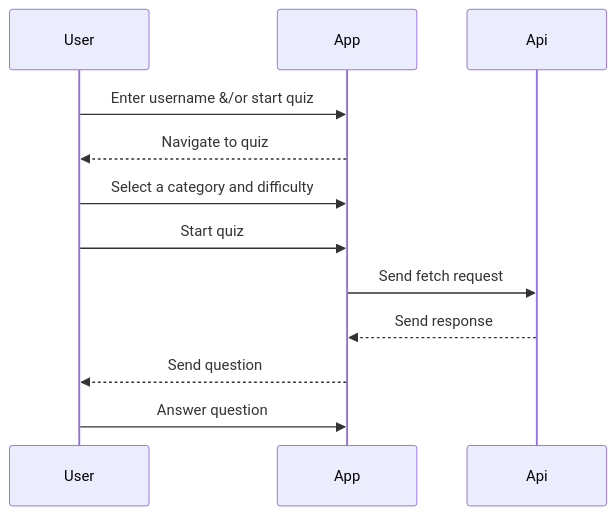
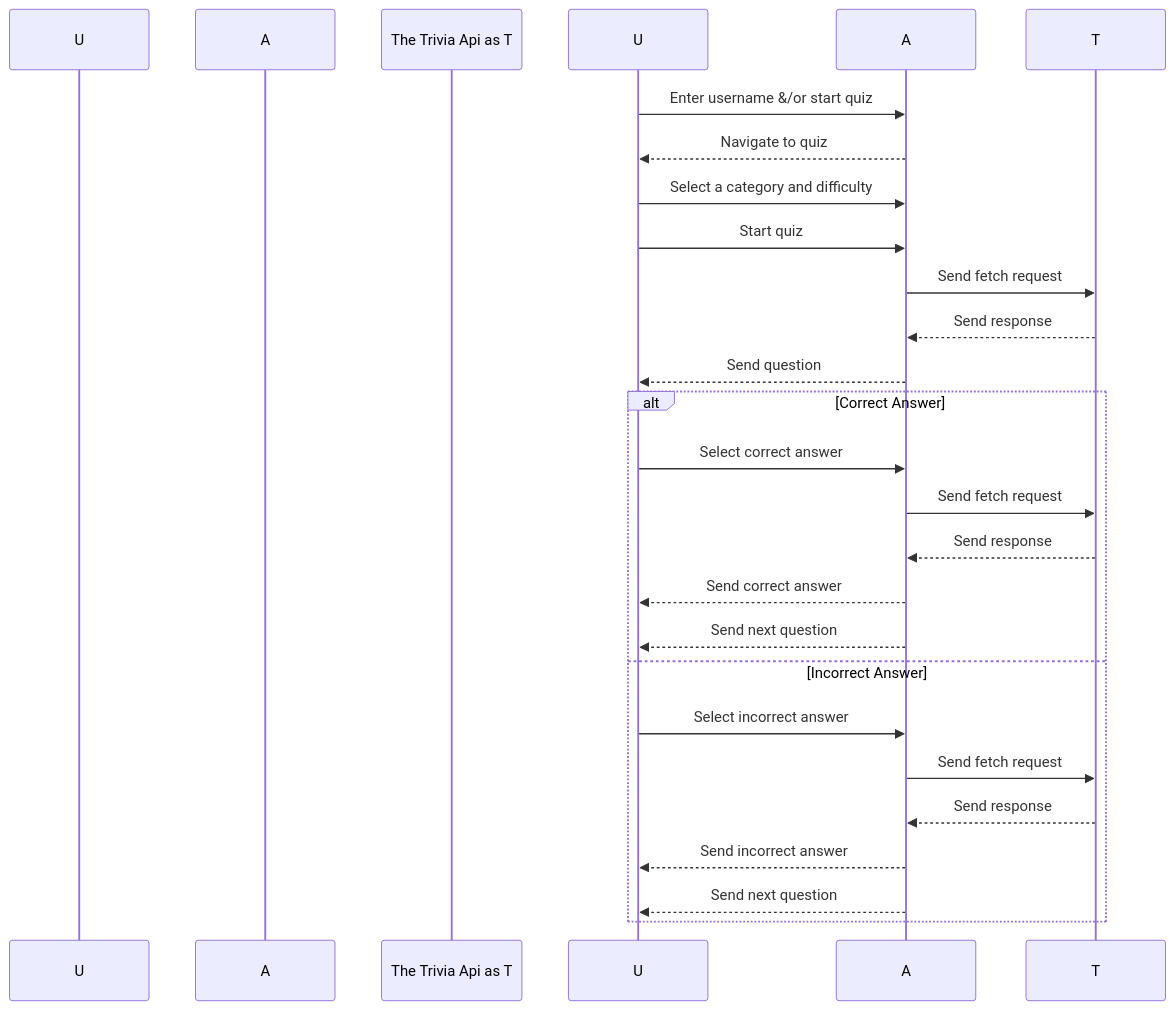
One commit to TheFullStackFred/fredrikstromberg-testing_typescipt-quiz_app changed the diagram in src/sequenceDiagram.md. Above: the diagram before and after it, drawn with Mermaid.

Commit message:
started on uml diagram

````diff
--- a/src/sequenceDiagram.md
+++ b/src/sequenceDiagram.md
@@ -1,17 +3,28 @@
 ```mermaid
 sequenceDiagram
-    participant User
-    participant App
-    participant Api
+    participant User as U
+    participant App as A
+    participant The Trivia Api as T
 
-    User->>App: Enter username &/or start quiz
-    App-->>User: Navigate to quiz
-    User->>App: Select a category and difficulty
-    User->>App: Start quiz
-    App->>Api: Send fetch request
-    Api-->>App: Send response
-    App-->>User: Send question
-    User->>App: Answer question
+    U->>A: Enter username &/or start quiz
+    A-->>U: Navigate to quiz
+    U->>A: Select a category and difficulty
+    U->>A: Start quiz
+    A->>T: Send fetch request
+    T-->>A: Send response
+    A-->>U: Send question
 
-
+    alt Correct Answer
+        U->>A: Select correct answer
+        A->>T: Send fetch request
+        T-->>A: Send response
+        A-->>U: Send correct answer
+        A-->>U: Send next question
+    else Incorrect Answer
+        U->>A: Select incorrect answer
+        A->>T: Send fetch request
+        T-->>A: Send response
+        A-->>U: Send incorrect answer
+        A-->>U: Send next question
+    end
 ```
````
